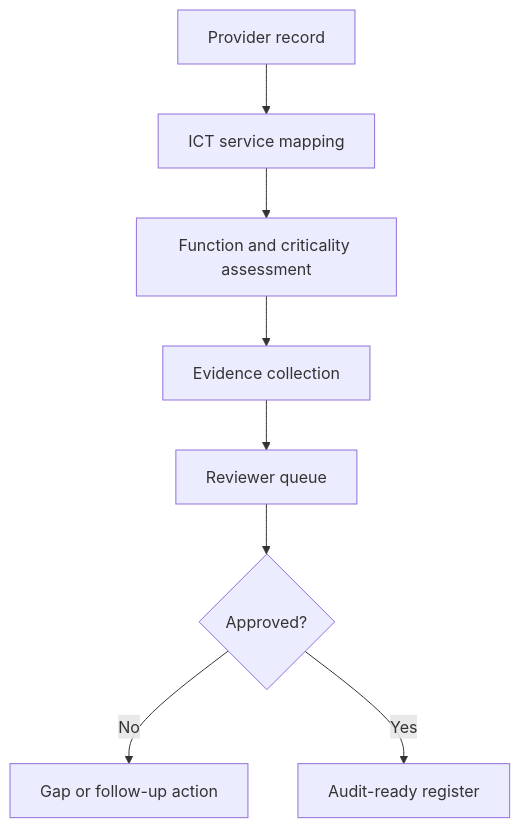
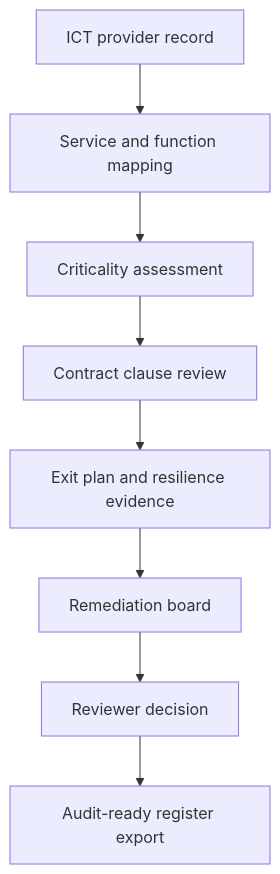
One commit to sebastianfoerste/dora-third-party-register-and-resilience-workbench changed the diagram in README.md. Above: the diagram before and after it, drawn with Mermaid. The commit also changed other lines of this file and 15 other files, not shown here.

````diff
--- a/README.md
+++ b/README.md
@@ -23,10 +18,10 @@
 ```mermaid
 flowchart TD
-  A[Provider record] --> B[ICT service mapping]
-  B --> C[Function and criticality assessment]
-  C --> D[Evidence collection]
-  D --> E[Reviewer queue]
-  E --> F{Approved?}
-  F -- No --> G[Gap or follow-up action]
-  F -- Yes --> H[Audit-ready register]
+  A[ICT provider record] --> B[Service and function mapping]
+  B --> C[Criticality assessment]
+  C --> D[Contract clause review]
+  D --> E[Exit plan and resilience evidence]
+  E --> F[Remediation board]
+  F --> G[Reviewer decision]
+  G --> H[Audit-ready register export]
 ```
````
